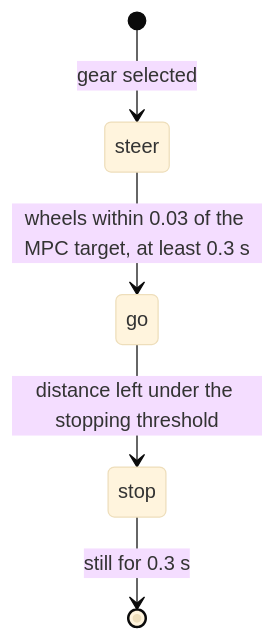
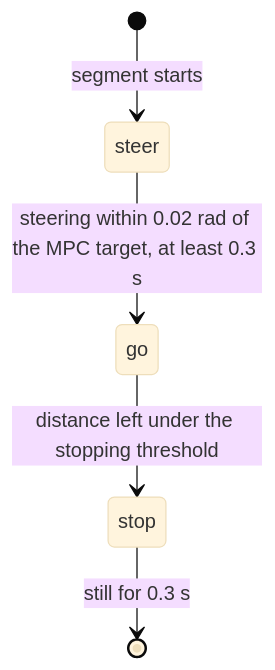
Before and after one commit to ksha23/chrono-parking: the second of 2 diagrams in docs/control.md, drawn with Mermaid (base theme). The commit also changed other lines of this file and 18 other files, not shown here.

````diff
--- a/docs/control.md
+++ b/docs/control.md
@@ -237,7 +309,7 @@
 ```mermaid
 stateDiagram-v2
-    [*] --> steer: gear selected
-    steer --> go: wheels within 0.03 of the MPC target, at least 0.3 s
+    [*] --> steer: segment starts
+    steer --> go: steering within 0.02 rad of the MPC target, at least 0.3 s
     go --> stop: distance left under the stopping threshold
     stop --> [*]: still for 0.3 s
 ```
````
